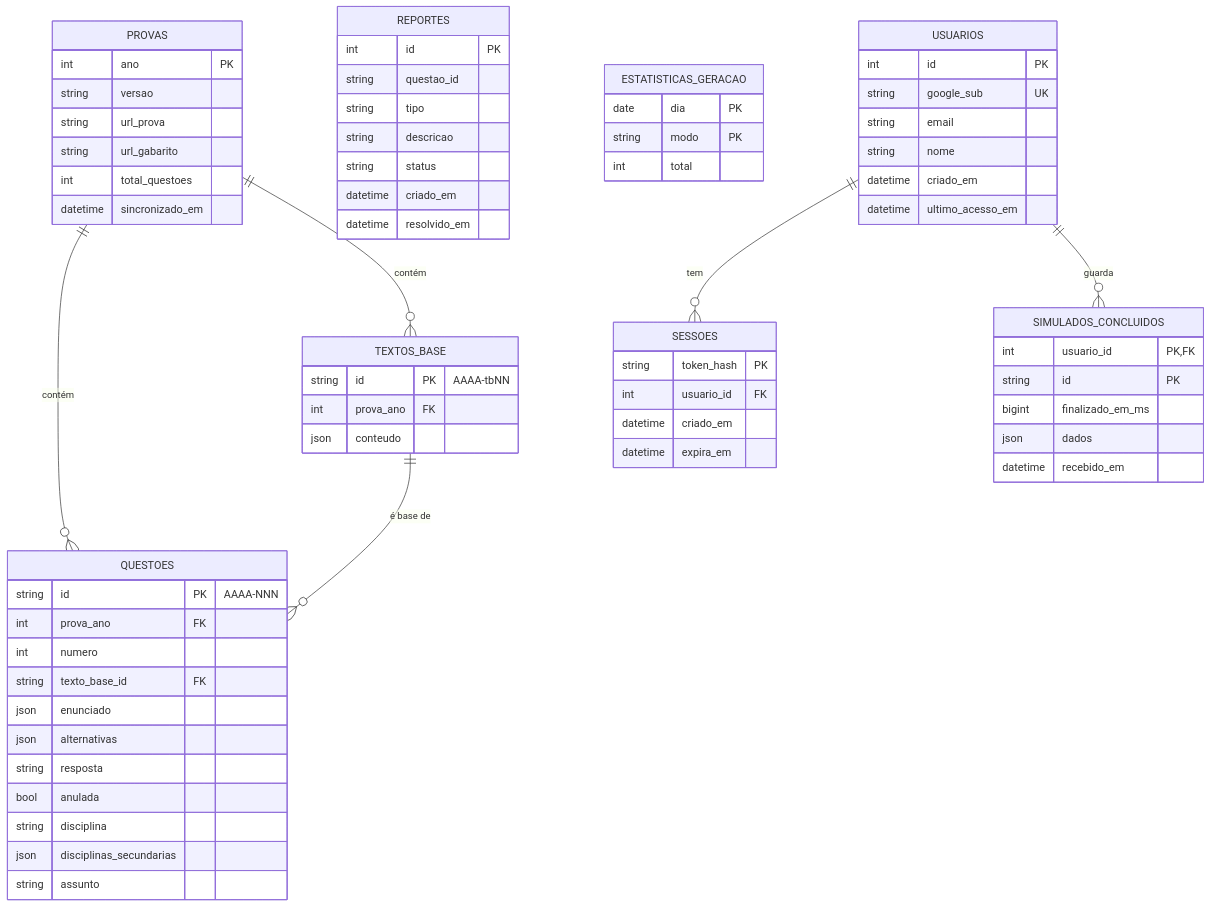
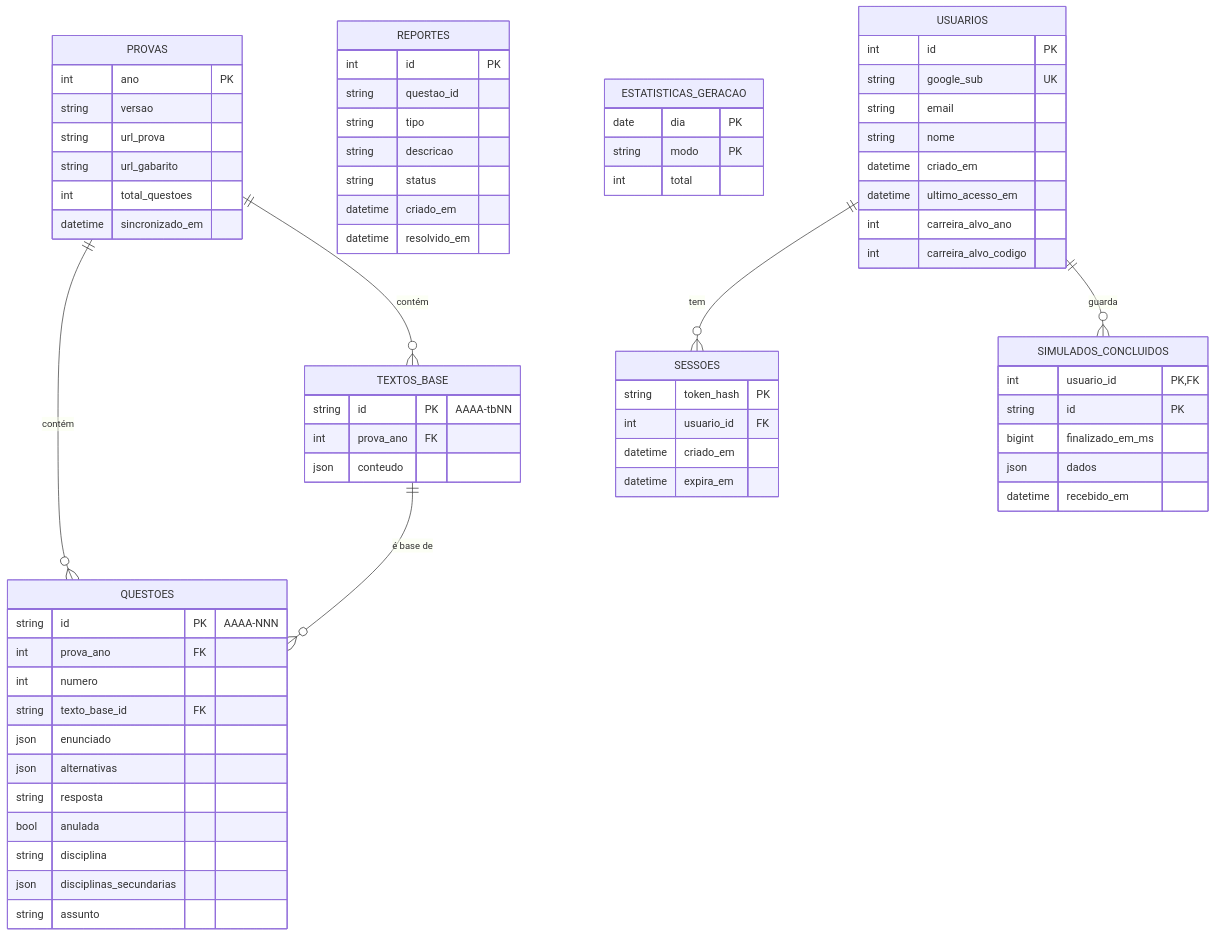
The third of 4 diagrams in docs/02-ARCHITECTURE.md (RafaelPeixoto01/simulado-fuvest), drawn with Mermaid before and after one commit. The commit also changed other lines of this file and 12 other files, not shown here.

````diff
--- a/docs/02-ARCHITECTURE.md
+++ b/docs/02-ARCHITECTURE.md
@@ -178,69 +183,71 @@
 ```mermaid
 erDiagram
     PROVAS {
         int ano PK
         string versao
         string url_prova
         string url_gabarito
         int total_questoes
         datetime sincronizado_em
     }
     TEXTOS_BASE {
         string id PK "AAAA-tbNN"
         int prova_ano FK
         json conteudo
     }
     QUESTOES {
         string id PK "AAAA-NNN"
         int prova_ano FK
         int numero
         string texto_base_id FK
         json enunciado
         json alternativas
         string resposta
         bool anulada
         string disciplina
         json disciplinas_secundarias
         string assunto
     }
     REPORTES {
         int id PK
         string questao_id
         string tipo
         string descricao
         string status
         datetime criado_em
         datetime resolvido_em
     }
     ESTATISTICAS_GERACAO {
         date dia PK
         string modo PK
         int total
     }
     USUARIOS {
         int id PK
         string google_sub UK
         string email
         string nome
         datetime criado_em
         datetime ultimo_acesso_em
+        int carreira_alvo_ano
+        int carreira_alvo_codigo
     }
     SESSOES {
         string token_hash PK
         int usuario_id FK
         datetime criado_em
         datetime expira_em
     }
     SIMULADOS_CONCLUIDOS {
         int usuario_id PK, FK
         string id PK
         bigint finalizado_em_ms
         json dados
         datetime recebido_em
     }
     PROVAS ||--o{ QUESTOES : "contém"
     PROVAS ||--o{ TEXTOS_BASE : "contém"
     TEXTOS_BASE ||--o{ QUESTOES : "é base de"
     USUARIOS ||--o{ SESSOES : "tem"
     USUARIOS ||--o{ SIMULADOS_CONCLUIDOS : "guarda"
 ```
````
